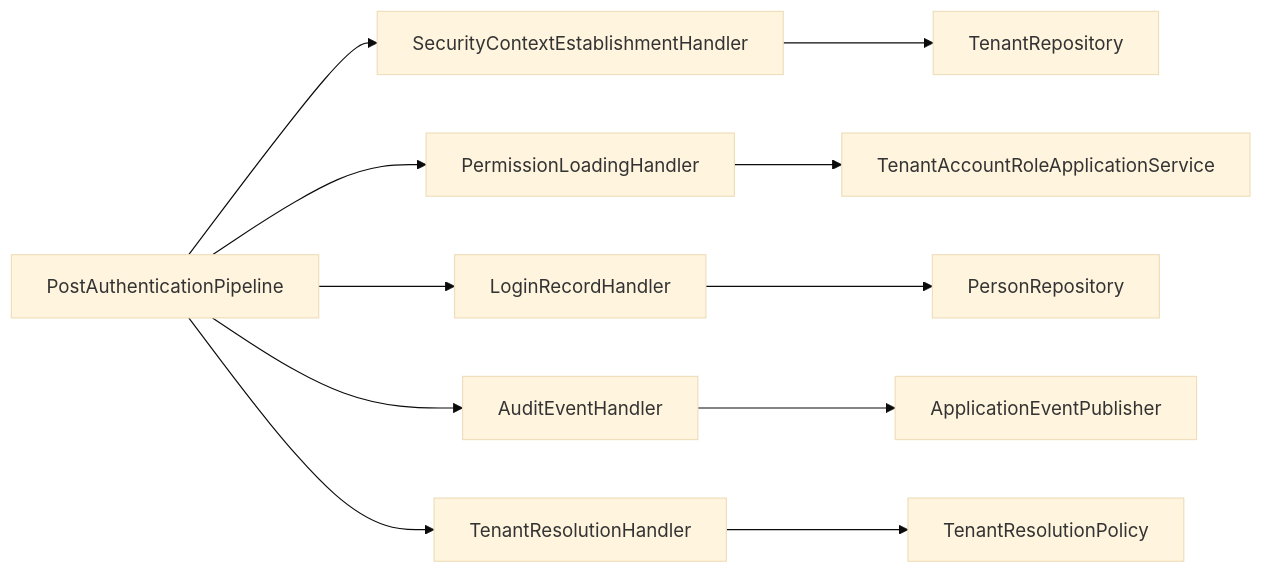
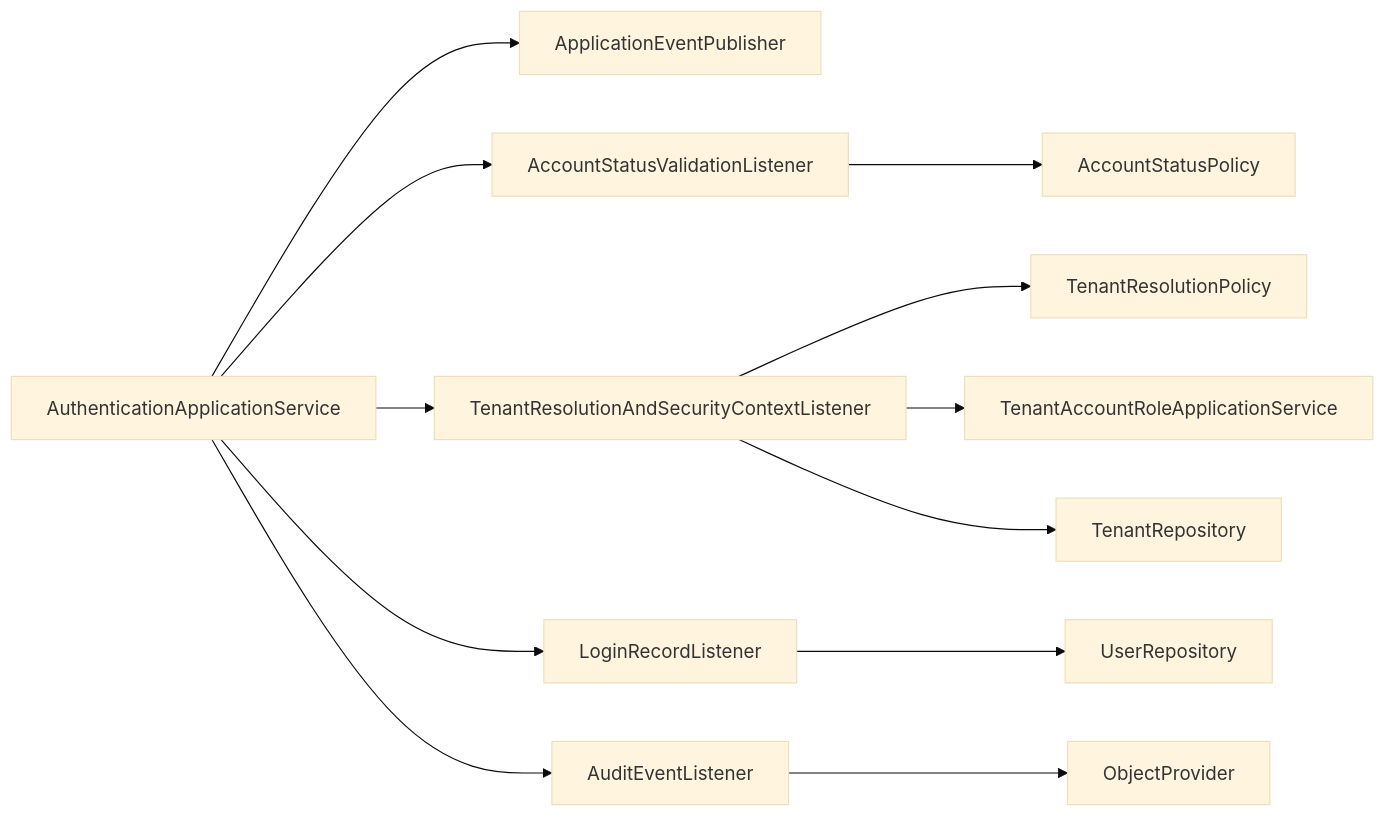
One commit to fq0121104930716/iam-platform changed the fourth of 4 diagrams in .qoder/repowiki/zh/content/核心模块/认证服务器 (iam-auth-server)/认证处理管道/后认证管道.md. Above: the diagram before and after it, drawn with Mermaid (base theme). The commit also changed other lines of this file and 42 other files, not shown here.

````diff
--- a/.qoder/repowiki/zh/content/核心模块/认证服务器 (iam-auth-server)/认证处理管道/后认证管道.md
+++ b/.qoder/repowiki/zh/content/核心模块/认证服务器 (iam-auth-server)/认证处理管道/后认证管道.md
@@ -226,13 +203,14 @@
 ```mermaid
 graph LR
-编排器["PostAuthenticationPipeline"] --> 安全上下文["SecurityContextEstablishmentHandler"]
-编排器 --> 权限加载["PermissionLoadingHandler"]
-编排器 --> 登录记录["LoginRecordHandler"]
-编排器 --> 审计事件["AuditEventHandler"]
-编排器 --> 租户解析["TenantResolutionHandler"]
-安全上下文 --> 租户仓储["TenantRepository"]
-权限加载 --> 应用服务["TenantAccountRoleApplicationService"]
-登录记录 --> 用户仓储["PersonRepository"]
-审计事件 --> 事件发布器["ApplicationEventPublisher"]
-租户解析 --> 策略["TenantResolutionPolicy"]
+认证应用服务["AuthenticationApplicationService"] --> 事件发布器["ApplicationEventPublisher"]
+认证应用服务 --> 监听器1["AccountStatusValidationListener"]
+认证应用服务 --> 监听器2["TenantResolutionAndSecurityContextListener"]
+认证应用服务 --> 监听器3["LoginRecordListener"]
+认证应用服务 --> 监听器4["AuditEventListener"]
+监听器1 --> 账户状态策略["AccountStatusPolicy"]
+监听器2 --> 租户解析策略["TenantResolutionPolicy"]
+监听器2 --> 权限服务["TenantAccountRoleApplicationService"]
+监听器2 --> 租户仓储["TenantRepository"]
+监听器3 --> 用户仓储["UserRepository"]
+监听器4 --> RocketMQ模板["ObjectProvider<RocketMQTemplate>"]
 ```
````
